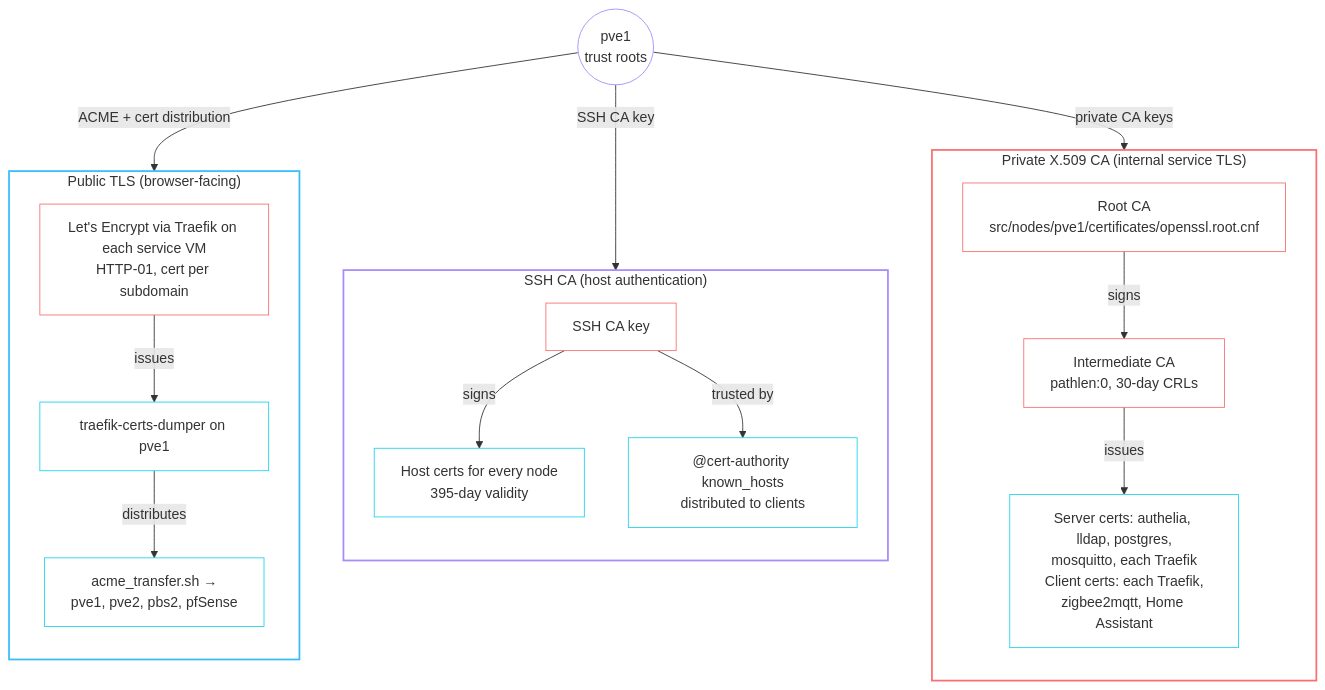
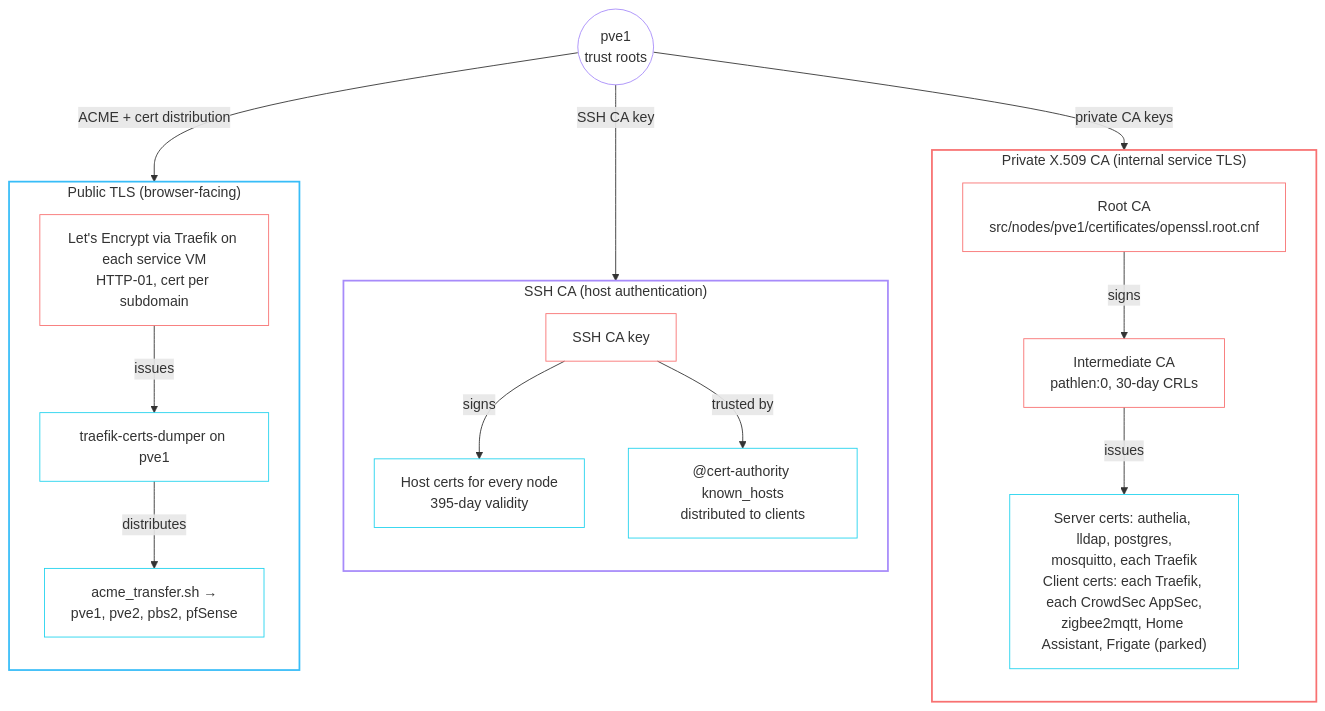
The second of 2 diagrams in src/www/docs/homelab/security.md (babraham123/homesite), drawn with Mermaid before and after one commit. The commit also changed other lines of this file and 32 other files, not shown here.

````diff
--- a/src/www/docs/homelab/security.md
+++ b/src/www/docs/homelab/security.md
@@ -151,43 +158,43 @@
 ```mermaid
 flowchart TB
     pve1(("pve1<br/>trust roots"))
 
     subgraph x509["Private X.509 CA (internal service TLS)"]
         direction TB
         root["Root CA<br/>src/nodes/pve1/certificates/openssl.root.cnf"]
         inter["Intermediate CA<br/>pathlen:0, 30-day CRLs"]
-        svc["Server certs: authelia, lldap, postgres,<br/>mosquitto, each Traefik<br/>Client certs: each Traefik,<br/>zigbee2mqtt, Home Assistant"]
+        svc["Server certs: authelia, lldap, postgres,<br/>mosquitto, each Traefik<br/>Client certs: each Traefik, each CrowdSec AppSec,<br/>zigbee2mqtt, Home Assistant, Frigate (parked)"]
         root -- "signs" --> inter -- "issues" --> svc
     end
 
     subgraph ssh["SSH CA (host authentication)"]
         direction TB
         sshca["SSH CA key"]
         hosts["Host certs for every node<br/>395-day validity"]
         known["@cert-authority known_hosts<br/>distributed to clients"]
         sshca -- "signs" --> hosts
         sshca -- "trusted by" --> known
     end
 
     subgraph public["Public TLS (browser-facing)"]
         direction TB
         le["Let's Encrypt via Traefik on each service VM<br/>HTTP-01, cert per subdomain"]
         dumper["traefik-certs-dumper on pve1"]
         xfer["acme_transfer.sh →<br/>pve1, pve2, pbs2, pfSense"]
         le -- "issues" --> dumper -- "distributes" --> xfer
     end
 
     pve1 -- "private CA keys" --> root
     pve1 -- "SSH CA key" --> sshca
     pve1 -- "ACME + cert distribution" --> le
 
     style x509 stroke:#f87171,stroke-width:2px,fill:transparent
     style ssh stroke:#a78bfa,stroke-width:2px,fill:transparent
     style public stroke:#38bdf8,stroke-width:2px,fill:transparent
     classDef ca stroke:#f87171,fill:transparent
     classDef dist stroke:#22d3ee,fill:transparent
     class root,inter,sshca,le ca
     class svc,hosts,known,dumper,xfer dist
     class pve1 host
     classDef host stroke:#a78bfa,fill:transparent
 ```
````
